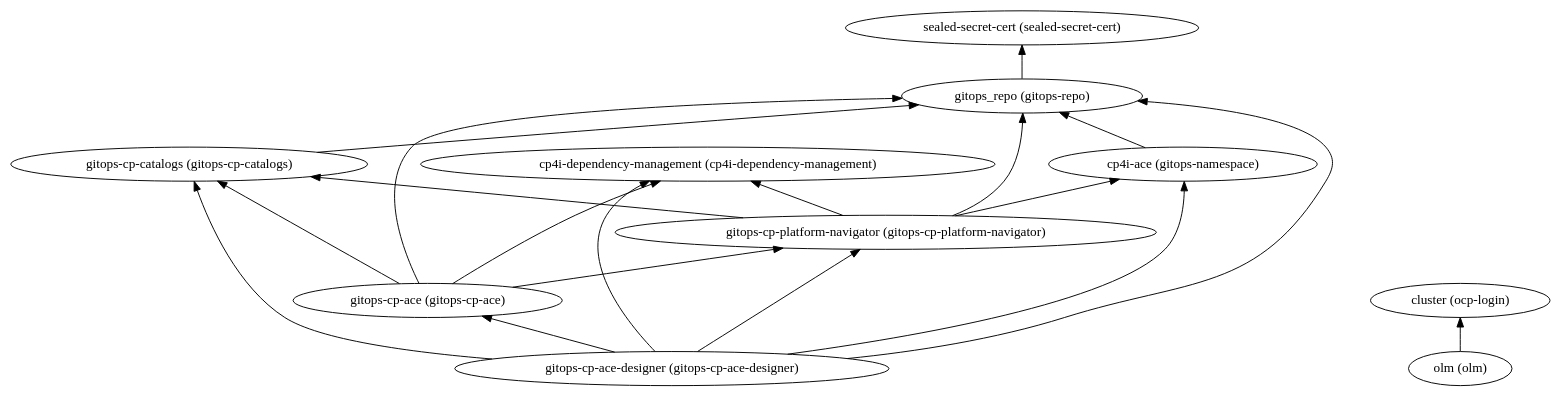
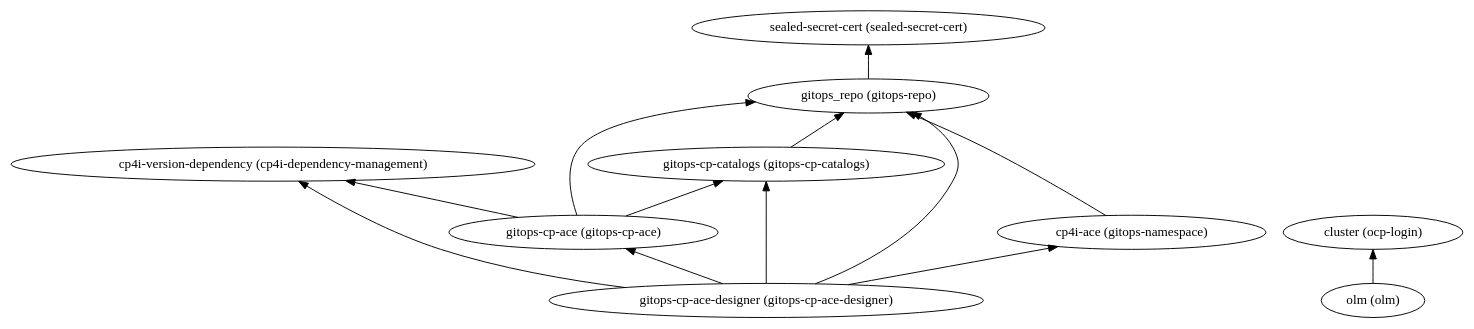
Before and after one commit to IBM/automation-integration-platform: the diagram in 240-integration-ace/dependencies.dot, drawn with Graphviz. The commit also changed 74 other files, not shown here.

```diff
--- a/240-integration-ace/dependencies.dot
+++ b/240-integration-ace/dependencies.dot
@@ -1,31 +1,24 @@
 digraph {
     rankdir="BT"
-    "gitops-cp-ace (gitops-cp-ace)" -> "gitops_repo (gitops-repo)"
+    "cp4i-version-dependency (cp4i-dependency-management)"
+"gitops-cp-ace (gitops-cp-ace)" -> "gitops_repo (gitops-repo)"
 "gitops-cp-ace (gitops-cp-ace)" -> "gitops-cp-catalogs (gitops-cp-catalogs)"
-"gitops-cp-ace (gitops-cp-ace)" -> "gitops-cp-platform-navigator (gitops-cp-platform-navigator)"
-"gitops-cp-ace (gitops-cp-ace)" -> "cp4i-dependency-management (cp4i-dependency-management)"
+"gitops-cp-ace (gitops-cp-ace)" -> "cp4i-version-dependency (cp4i-dependency-management)"
 "gitops-cp-ace (gitops-cp-ace)"
 "gitops_repo (gitops-repo)" -> "sealed-secret-cert (sealed-secret-cert)"
 "gitops_repo (gitops-repo)"
 "sealed-secret-cert (sealed-secret-cert)"
 "gitops-cp-catalogs (gitops-cp-catalogs)" -> "gitops_repo (gitops-repo)"
 "gitops-cp-catalogs (gitops-cp-catalogs)"
-"gitops-cp-platform-navigator (gitops-cp-platform-navigator)" -> "gitops_repo (gitops-repo)"
-"gitops-cp-platform-navigator (gitops-cp-platform-navigator)" -> "cp4i-ace (gitops-namespace)"
-"gitops-cp-platform-navigator (gitops-cp-platform-navigator)" -> "gitops-cp-catalogs (gitops-cp-catalogs)"
-"gitops-cp-platform-navigator (gitops-cp-platform-navigator)" -> "cp4i-dependency-management (cp4i-dependency-management)"
-"gitops-cp-platform-navigator (gitops-cp-platform-navigator)"
-"cp4i-ace (gitops-namespace)" -> "gitops_repo (gitops-repo)"
-"cp4i-ace (gitops-namespace)"
-"cp4i-dependency-management (cp4i-dependency-management)"
 "gitops-cp-ace-designer (gitops-cp-ace-designer)" -> "gitops_repo (gitops-repo)"
 "gitops-cp-ace-designer (gitops-cp-ace-designer)" -> "cp4i-ace (gitops-namespace)"
 "gitops-cp-ace-designer (gitops-cp-ace-designer)" -> "gitops-cp-catalogs (gitops-cp-catalogs)"
-"gitops-cp-ace-designer (gitops-cp-ace-designer)" -> "cp4i-dependency-management (cp4i-dependency-management)"
+"gitops-cp-ace-designer (gitops-cp-ace-designer)" -> "cp4i-version-dependency (cp4i-dependency-management)"
 "gitops-cp-ace-designer (gitops-cp-ace-designer)" -> "gitops-cp-ace (gitops-cp-ace)"
-"gitops-cp-ace-designer (gitops-cp-ace-designer)" -> "gitops-cp-platform-navigator (gitops-cp-platform-navigator)"
 "gitops-cp-ace-designer (gitops-cp-ace-designer)"
+"cp4i-ace (gitops-namespace)" -> "gitops_repo (gitops-repo)"
+"cp4i-ace (gitops-namespace)"
 "cluster (ocp-login)"
 "olm (olm)" -> "cluster (ocp-login)"
 "olm (olm)"
   }
```
